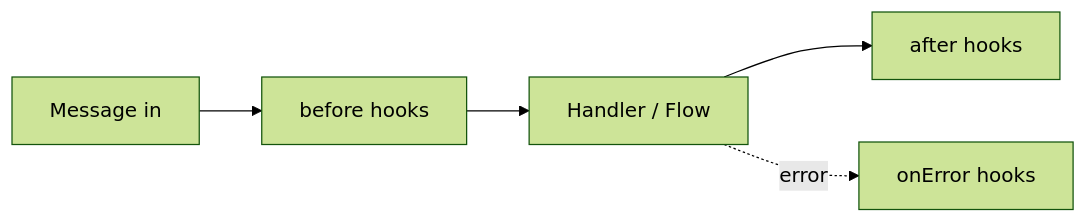
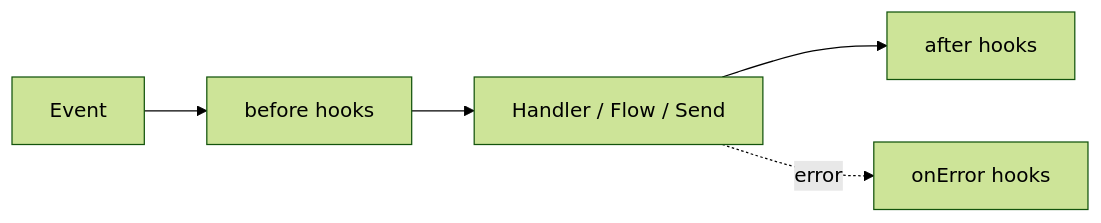
The diagram in docs/guide/hooks.md (andresayac/bot-wa-baileys), drawn with Mermaid (forest theme) before and after one commit. The commit also changed other lines of this file and 38 other files, not shown here.

````diff
--- a/docs/guide/hooks.md
+++ b/docs/guide/hooks.md
@@ -8,7 +8,7 @@
 ```mermaid
 flowchart LR
-    A[Message in] --> B[before hooks]
-    B --> C[Handler / Flow]
+    A[Event] --> B[before hooks]
+    B --> C[Handler / Flow / Send]
     C --> D[after hooks]
     C -.->|error| E[onError hooks]
 ```
````
